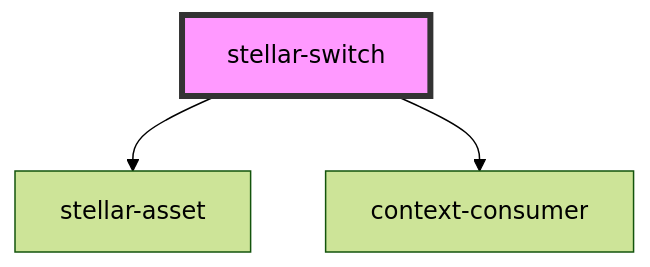
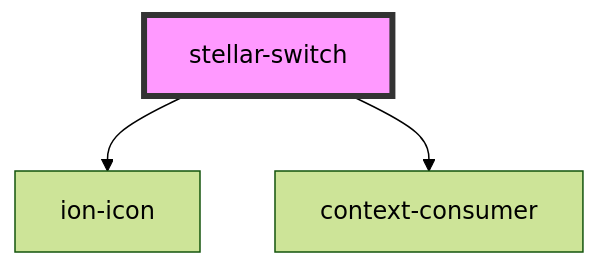
The diagram in src/components/forms/switch/readme.md (splitinfinities/Stellar), drawn with Mermaid (forest theme) before and after one commit. The commit also changed other lines of this file and 108 other files, not shown here.

Commit message:
Remove stellar-asset.

````diff
--- a/src/components/forms/switch/readme.md
+++ b/src/components/forms/switch/readme.md
@@ -71,6 +71,6 @@
 ```mermaid
 graph TD;
-  stellar-switch --> stellar-asset
+  stellar-switch --> ion-icon
   stellar-switch --> context-consumer
   style stellar-switch fill:#f9f,stroke:#333,stroke-width:4px
 ```
````
